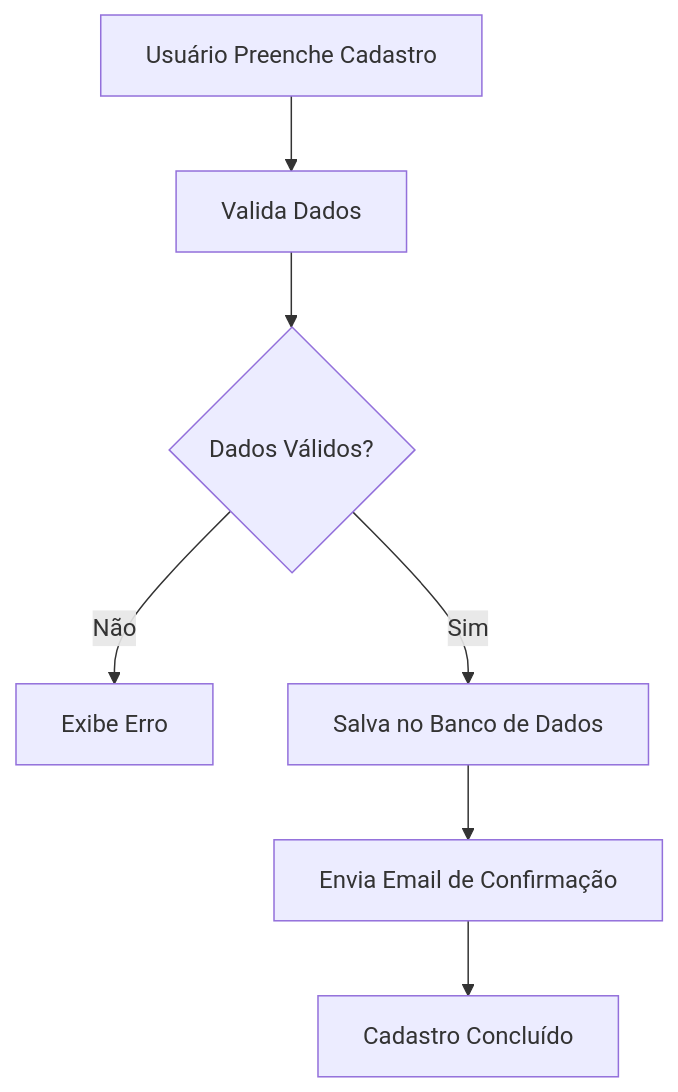
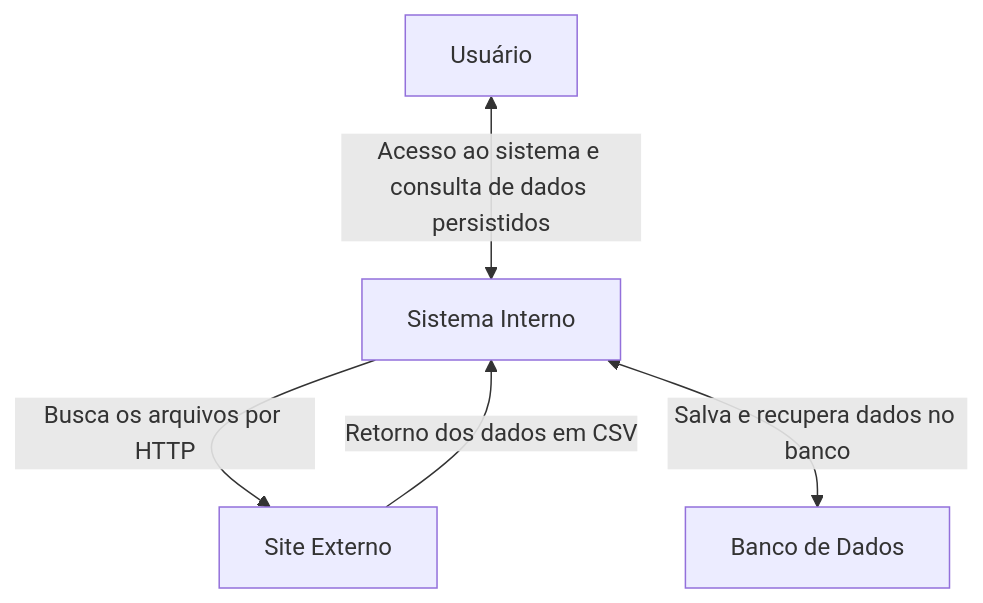
Before and after one commit to tcpostech/tc_embrapa: the first of 2 diagrams in README.md, drawn with Mermaid. The commit also changed other lines of this file and 4 other files, not shown here.

````diff
--- a/README.md
+++ b/README.md
@@ -61,9 +64,7 @@
 ```mermaid
-graph TD;
-    A[Usuário Preenche Cadastro] --> B[Valida Dados]
-    B --> C{Dados Válidos?}
-    C -- Não --> D[Exibe Erro]
-    C -- Sim --> E[Salva no Banco de Dados]
-    E --> F[Envia Email de Confirmação]
-    F --> G[Cadastro Concluído]
+flowchart TD
+    A["Usuário"] <-- Acesso ao sistema e consulta de dados persistidos --> B["Sistema Interno"]
+    B -- Busca os arquivos por HTTP --> C["Site Externo"]
+    C -- Retorno dos dados em CSV --> B
+    B <-- Salva e recupera dados no banco --> D["Banco de Dados"]
 ```
````
